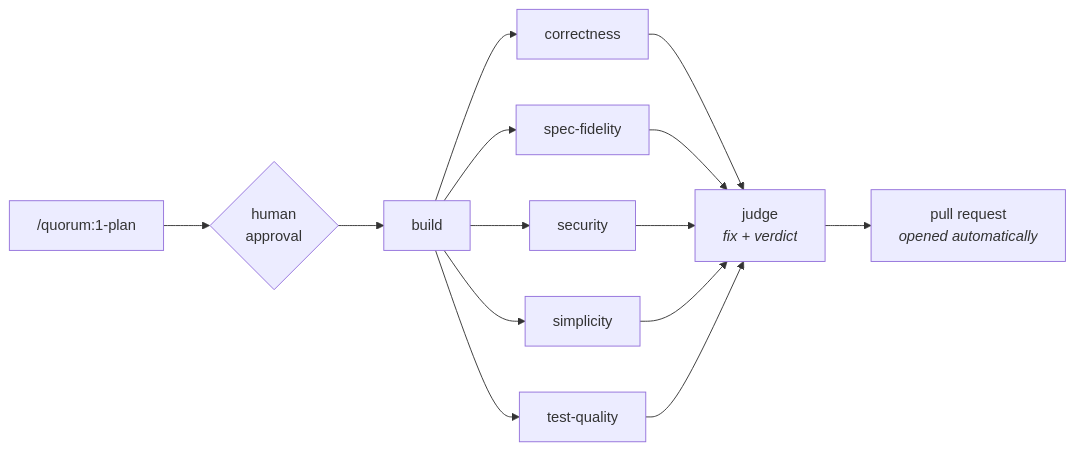
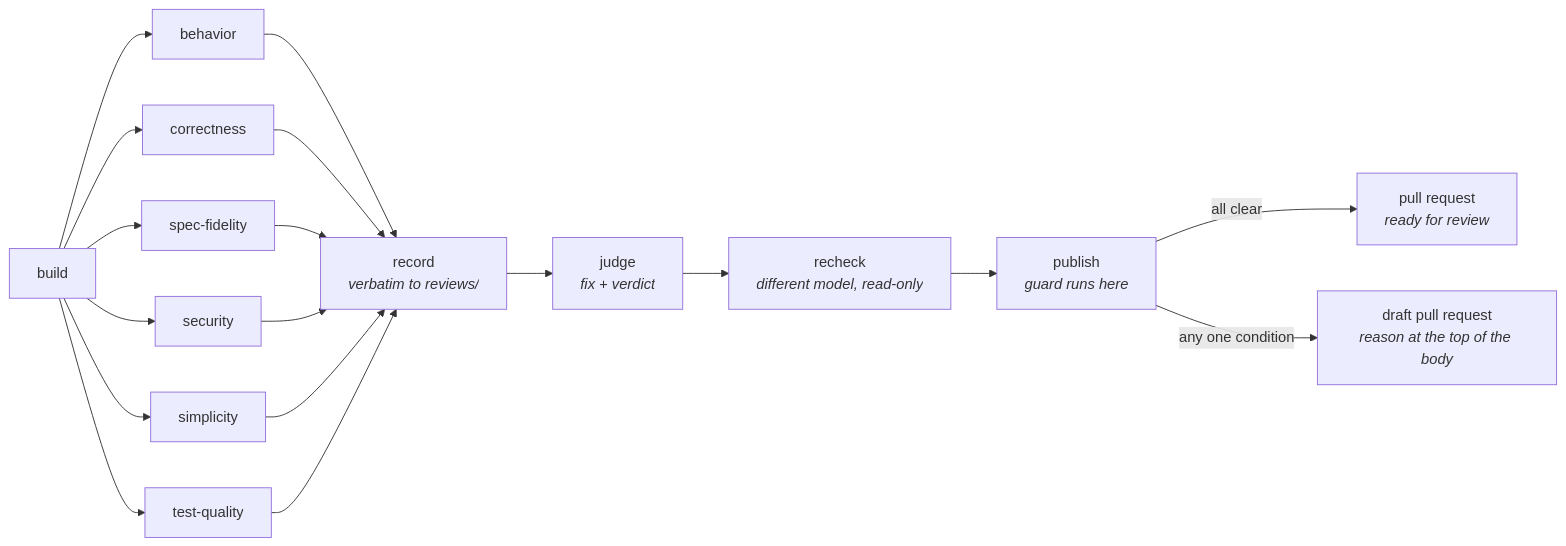
One commit to AiFirstDevelopment/starter changed the second of 2 diagrams in README.md. Above: the diagram before and after it, drawn with Mermaid. The commit also changed other lines of this file, not shown here.

````diff
--- a/README.md
+++ b/README.md
@@ -125,16 +223,20 @@
 ```mermaid
 flowchart LR
-    P["/quorum:1-plan"] --> G{"human<br/>approval"}
-    G --> B["build"]
-    B --> R1["correctness"]
-    B --> R2["spec-fidelity"]
-    B --> R3["security"]
-    B --> R4["simplicity"]
-    B --> R5["test-quality"]
-    R1 --> J["judge<br/><i>fix + verdict</i>"]
-    R2 --> J
-    R3 --> J
-    R4 --> J
-    R5 --> J
-    J --> PR["pull request<br/><i>opened automatically</i>"]
+    B["build"] --> R1["behavior"]
+    B --> R2["correctness"]
+    B --> R3["spec-fidelity"]
+    B --> R4["security"]
+    B --> R5["simplicity"]
+    B --> R6["test-quality"]
+    R1 --> S["record<br/><i>verbatim to reviews/</i>"]
+    R2 --> S
+    R3 --> S
+    R4 --> S
+    R5 --> S
+    R6 --> S
+    S --> J["judge<br/><i>fix + verdict</i>"]
+    J --> RC["recheck<br/><i>different model, read-only</i>"]
+    RC --> PUB["publish<br/><i>guard runs here</i>"]
+    PUB -->|all clear| PR["pull request<br/><i>ready for review</i>"]
+    PUB -->|any one condition| DPR["draft pull request<br/><i>reason at the top of the body</i>"]
 ```
````
